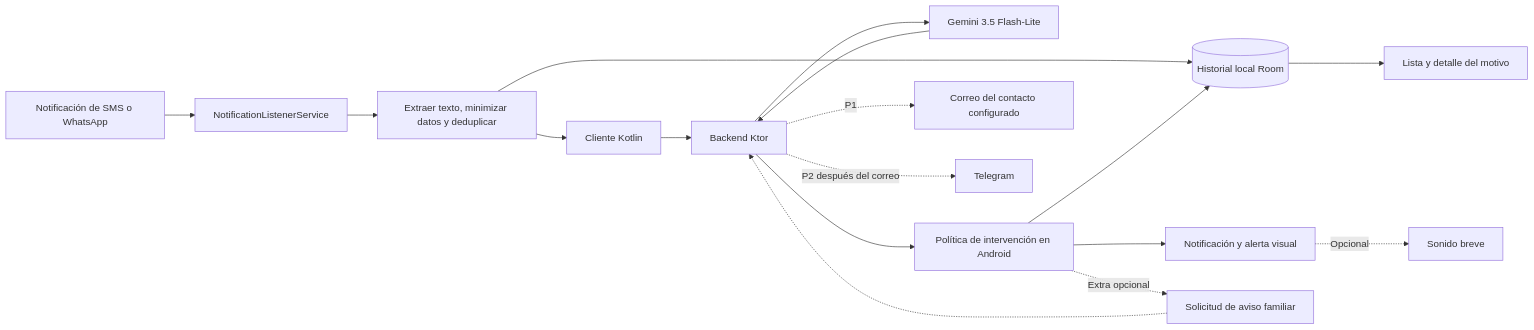
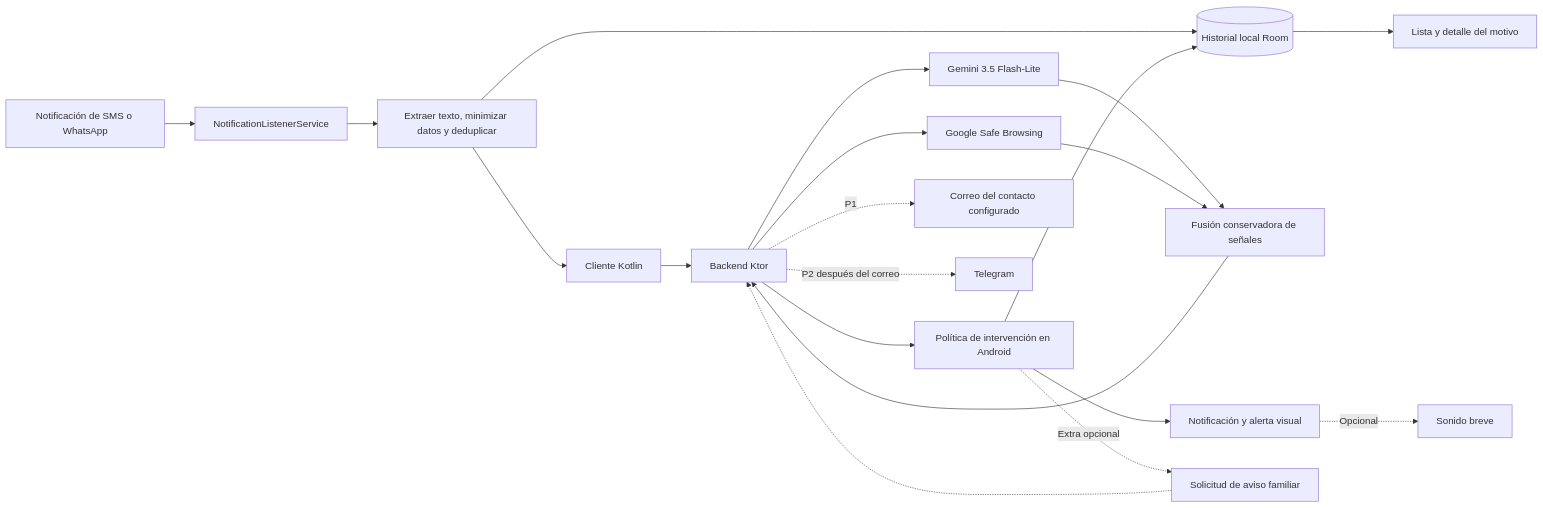
One commit to gonzaloogv/grupo3 changed the diagram in docs/ARQUITECTURA.md. Above: the diagram before and after it, drawn with Mermaid. The commit also changed other lines of this file and 6 other files, not shown here.

Commit message:
docs: integrar Safe Browsing al plan de Freno

````diff
--- a/docs/ARQUITECTURA.md
+++ b/docs/ARQUITECTURA.md
@@ -7,19 +7,22 @@
 ```mermaid
 flowchart LR
     N[Notificación de SMS o WhatsApp] --> L[NotificationListenerService]
     L --> F[Extraer texto, minimizar datos y deduplicar]
     F --> H[(Historial local Room)]
     F --> A[Cliente Kotlin]
     A --> K[Backend Ktor]
     K --> G[Gemini 3.5 Flash-Lite]
-    G --> K
+    K --> B[Google Safe Browsing]
+    G --> R[Fusión conservadora de señales]
+    B --> R
+    R --> K
     K --> P[Política de intervención en Android]
     P --> H
     H --> D[Lista y detalle del motivo]
     P --> U[Notificación y alerta visual]
     U -. Opcional .-> S[Sonido breve]
     P -. Extra opcional .-> E[Solicitud de aviso familiar]
     E -.-> K
     K -. P1 .-> M[Correo del contacto configurado]
     K -. P2 después del correo .-> T[Telegram]
 ```
````
